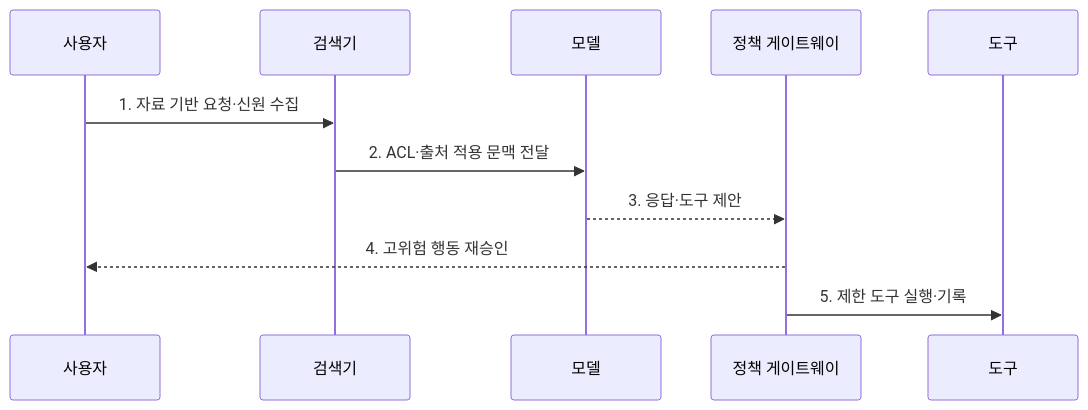
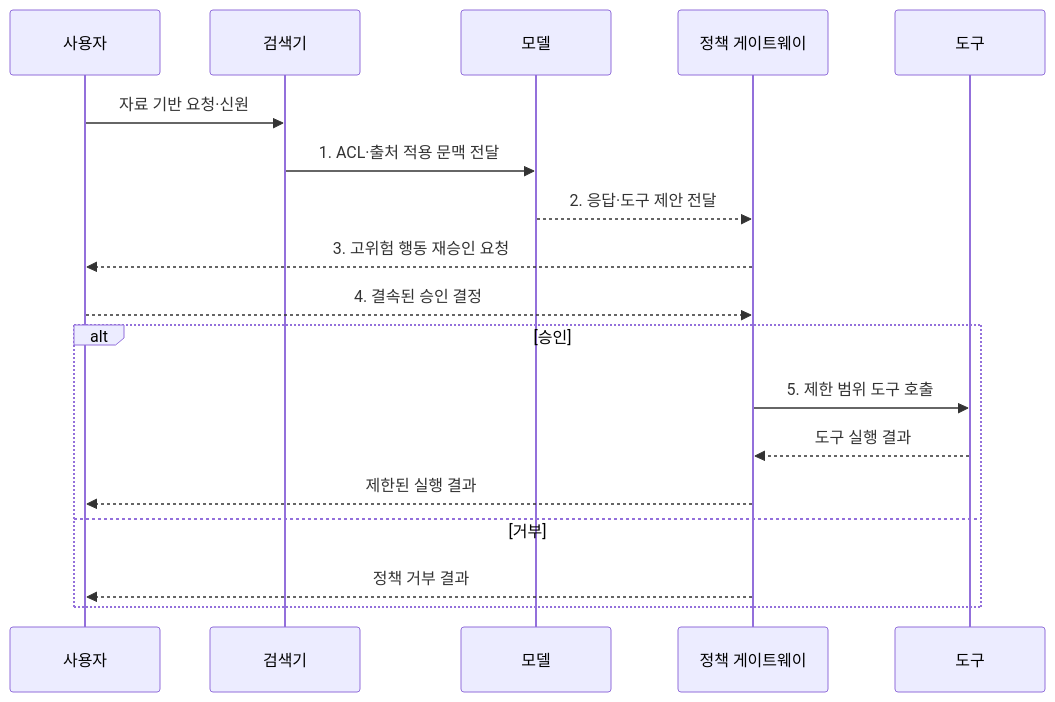
One commit to agnusdei1207/knowledge-base changed the second of 2 diagrams in src/content/docs/notes/05-security/080_indirect_prompt_injection.md. Above: the diagram before and after it, drawn with Mermaid. The commit also changed other lines of this file and 20 other files, not shown here.

````diff
--- a/src/content/docs/notes/05-security/080_indirect_prompt_injection.md
+++ b/src/content/docs/notes/05-security/080_indirect_prompt_injection.md
@@ -88,13 +91,20 @@
 ```mermaid
 sequenceDiagram
     participant U as 사용자
     participant R as 검색기
     participant M as 모델
     participant G as 정책 게이트웨이
     participant T as 도구
-    U->>R: 1. 자료 기반 요청·신원 수집
-    R->>M: 2. ACL·출처 적용 문맥 전달
-    M-->>G: 3. 응답·도구 제안
-    G-->>U: 4. 고위험 행동 재승인
-    G->>T: 5. 제한 도구 실행·기록
+    U->>R: 자료 기반 요청·신원
+    R->>M: 1. ACL·출처 적용 문맥 전달
+    M-->>G: 2. 응답·도구 제안 전달
+    G-->>U: 3. 고위험 행동 재승인 요청
+    U-->>G: 4. 결속된 승인 결정
+    alt 승인
+        G->>T: 5. 제한 범위 도구 호출
+        T-->>G: 도구 실행 결과
+        G-->>U: 제한된 실행 결과
+    else 거부
+        G-->>U: 정책 거부 결과
+    end
 ```
````
